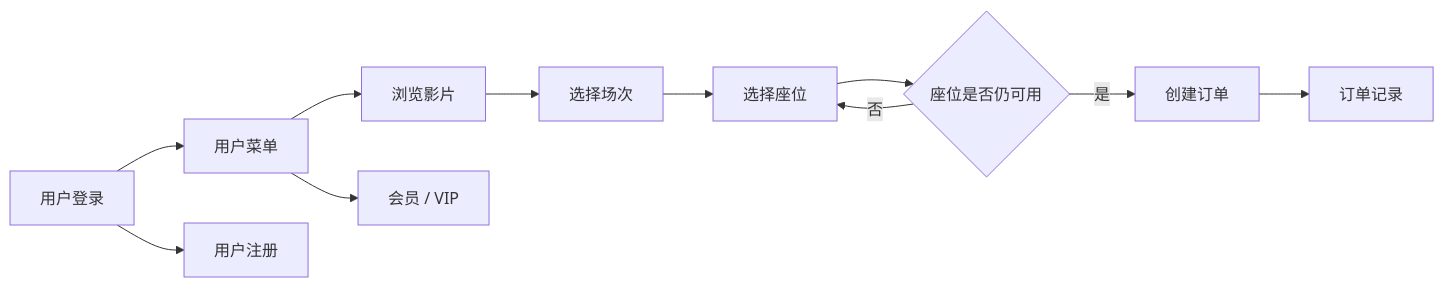
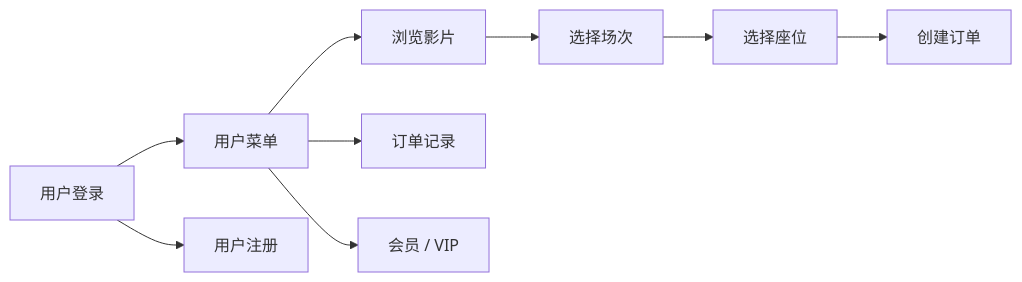
The first of 3 diagrams in README.zh-CN.md (Vertero/-Cinema-Booking-System), drawn with Mermaid before and after one commit. The commit also changed other lines of this file, not shown here.

````diff
--- a/README.zh-CN.md
+++ b/README.zh-CN.md
@@ -40,13 +42,11 @@
 ```mermaid
 flowchart LR
     A[用户登录] --> B[用户菜单]
-    B --> C[浏览影片]
-    C --> D[选择场次]
-    D --> E[选择座位]
-    E --> F{座位是否仍可用}
-    F -->|是| G[创建订单]
-    F -->|否| E
-    G --> H[订单记录]
+    A --> C[用户注册]
+    B --> D[浏览影片]
+    D --> E[选择场次]
+    E --> F[选择座位]
+    F --> G[创建订单]
+    B --> H[订单记录]
     B --> I[会员 / VIP]
-    A --> J[用户注册]
 ```
````
